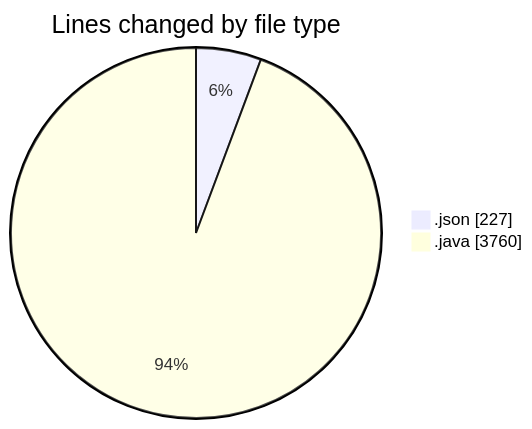
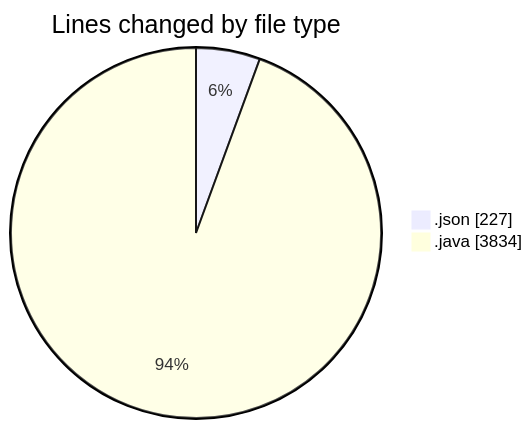
The first of 2 diagrams in 2026-05-04/cilapp/README.md (ricardozamudiocil/code-tracking), drawn with Mermaid before and after one commit. The commit also changed other lines of this file and 1 other file, not shown here.

````diff
--- a/2026-05-04/cilapp/README.md
+++ b/2026-05-04/cilapp/README.md
@@ -26,6 +27,6 @@
 ```mermaid
 pie showData
 title Lines changed by file type
 ".json" : 227
-".java" : 3760
+".java" : 3834
 ```
````
